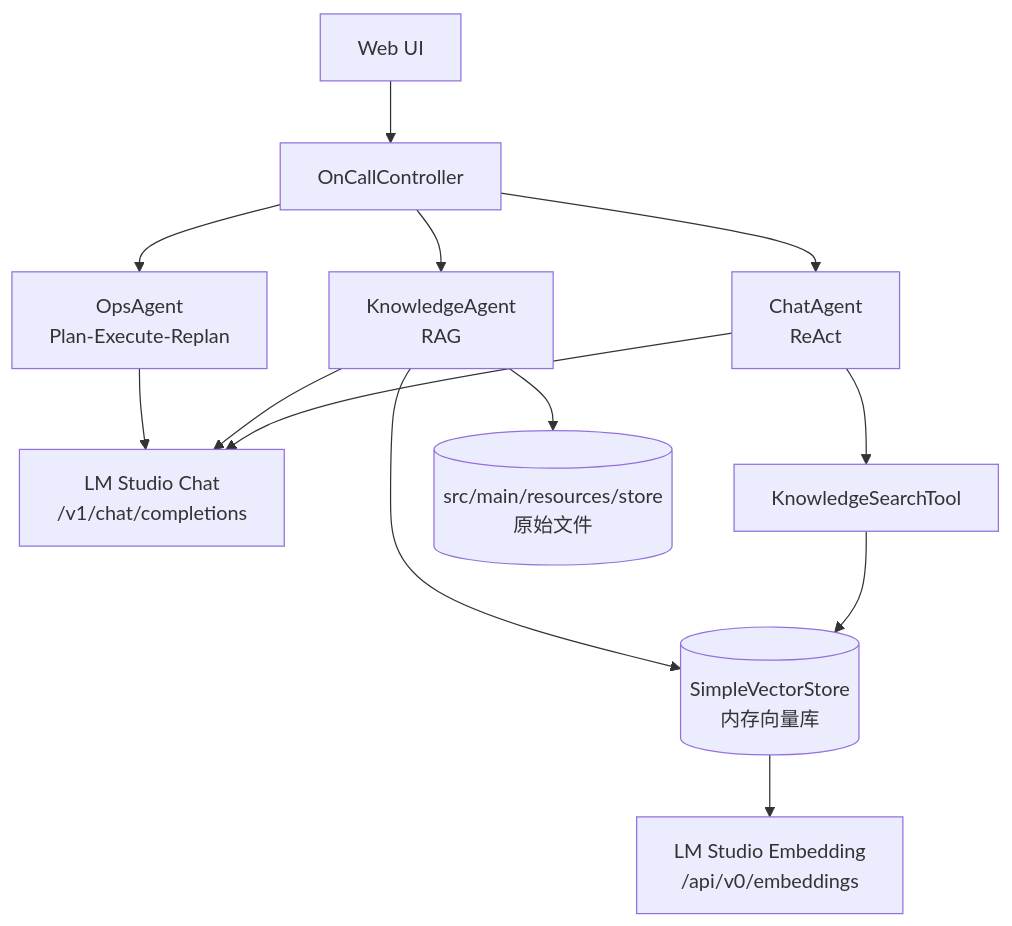
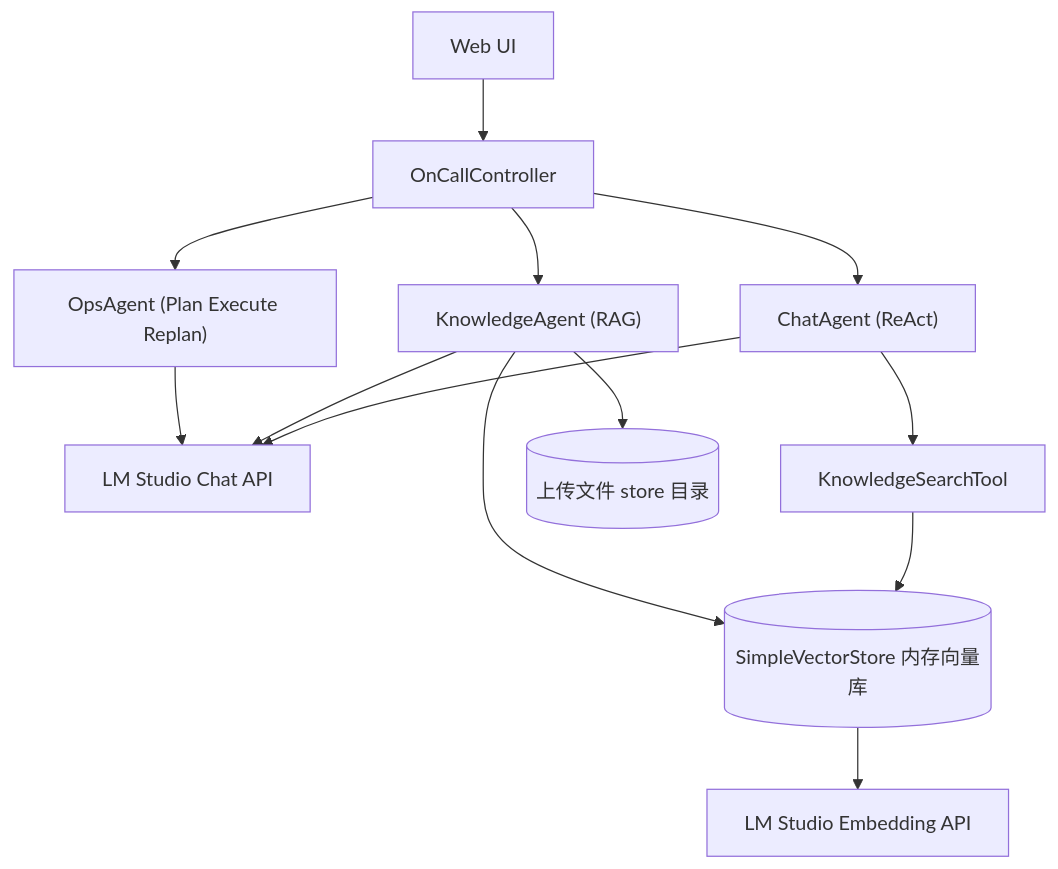
The diagram in README.md (de-luce/OnCall_Agent), drawn with Mermaid before and after one commit. The commit also changed other lines of this file, not shown here.

````diff
--- a/README.md
+++ b/README.md
@@ -21,19 +21,19 @@
 ```mermaid
 flowchart TB
-    UI[Web UI] --> API[OnCallController]
-    API --> Chat[ChatAgent<br/>ReAct]
-    API --> Knowledge[KnowledgeAgent<br/>RAG]
-    API --> Ops[OpsAgent<br/>Plan-Execute-Replan]
+    UI["Web UI"] --> API["OnCallController"]
+    API --> Chat["ChatAgent (ReAct)"]
+    API --> Knowledge["KnowledgeAgent (RAG)"]
+    API --> Ops["OpsAgent (Plan Execute Replan)"]
 
-    Chat --> LLM[LM Studio Chat<br/>/v1/chat/completions]
+    Chat --> LLM["LM Studio Chat API"]
     Knowledge --> LLM
     Ops --> LLM
 
-    Chat --> Tool[KnowledgeSearchTool]
-    Tool --> VS[(SimpleVectorStore<br/>内存向量库)]
+    Chat --> Tool["KnowledgeSearchTool"]
+    Tool --> VS[("SimpleVectorStore 内存向量库")]
     Knowledge --> VS
 
-    VS --> Embed[LM Studio Embedding<br/>/api/v0/embeddings]
+    VS --> Embed["LM Studio Embedding API"]
 
-    Knowledge --> Store[(src/main/resources/store<br/>原始文件)]
+    Knowledge --> Store[("上传文件 store 目录")]
 ```
````
